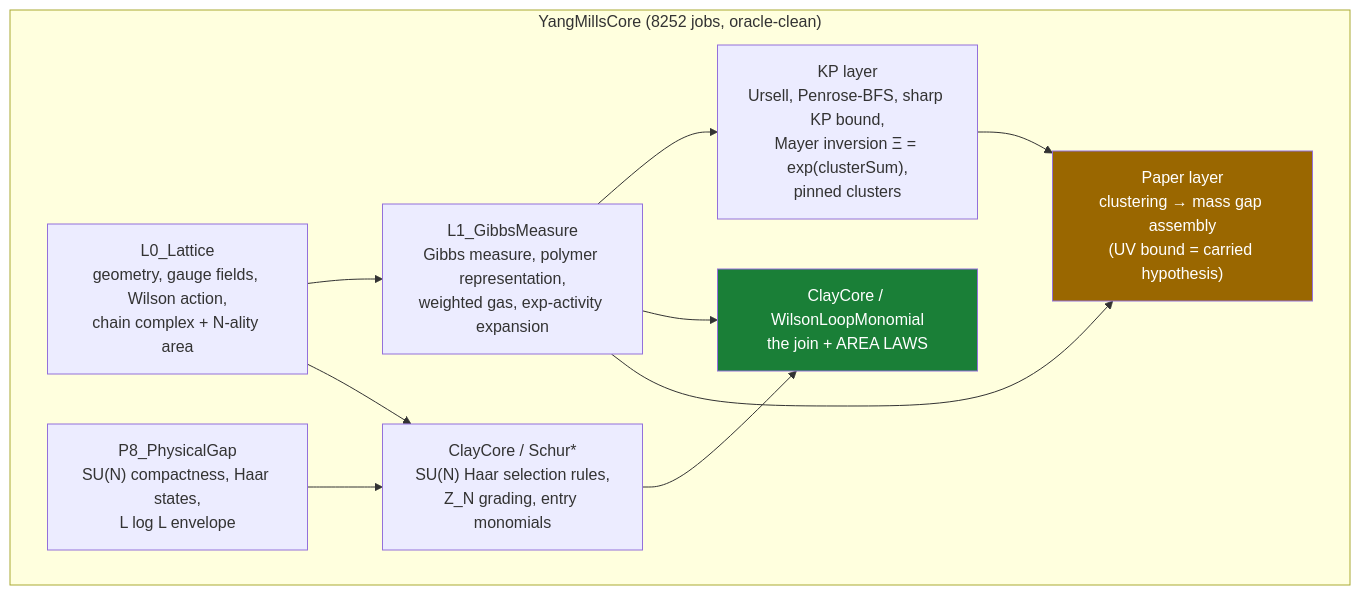
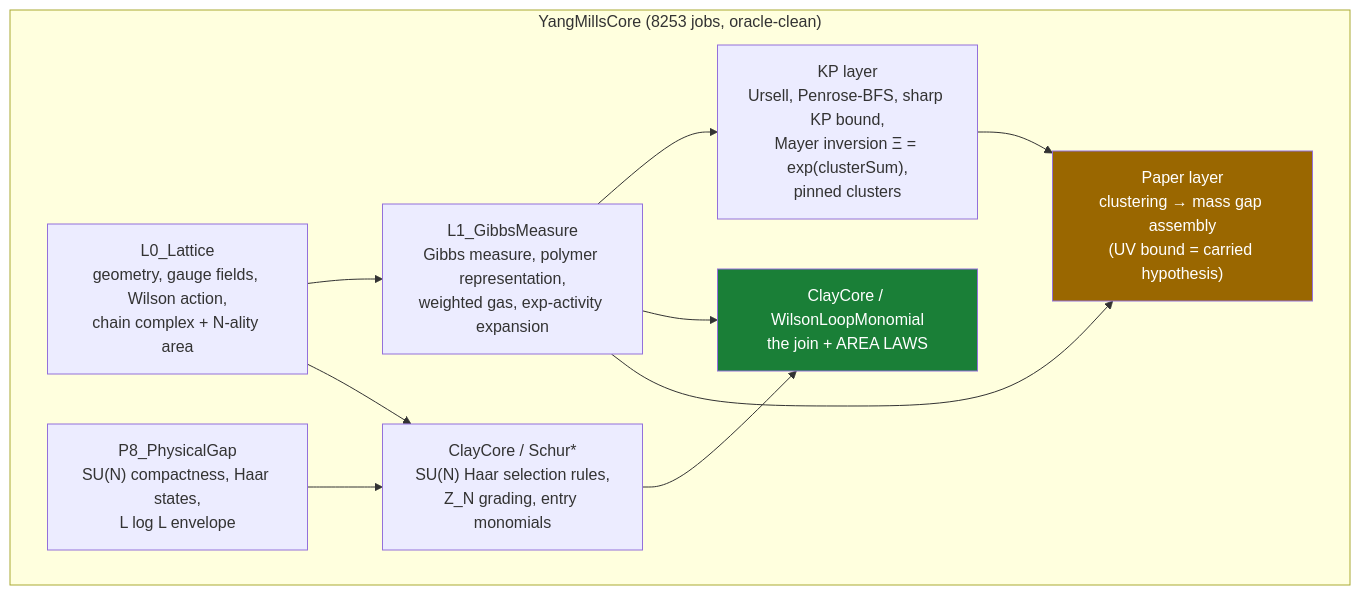
The diagram in README.md (lluiseriksson/THE-ERIKSSON-PROGRAMME), drawn with Mermaid before and after one commit. The commit also changed other lines of this file and 6 other files, not shown here.

````diff
--- a/README.md
+++ b/README.md
@@ -204,20 +204,20 @@
 ```mermaid
 graph TD
-    subgraph core["YangMillsCore  (8252 jobs, oracle-clean)"]
+    subgraph core["YangMillsCore  (8253 jobs, oracle-clean)"]
         L0["L0_Lattice<br/>geometry, gauge fields, Wilson action,<br/>chain complex + N-ality area"]
         L1["L1_GibbsMeasure<br/>Gibbs measure, polymer representation,<br/>weighted gas, exp-activity expansion"]
         KP["KP layer<br/>Ursell, Penrose-BFS, sharp KP bound,<br/>Mayer inversion Ξ = exp(clusterSum),<br/>pinned clusters"]
         SCHUR["ClayCore / Schur*<br/>SU(N) Haar selection rules,<br/>Z_N grading, entry monomials"]
         WLM["ClayCore / WilsonLoopMonomial<br/>the join + AREA LAWS"]
         PAPER["Paper layer<br/>clustering → mass gap assembly<br/>(UV bound = carried hypothesis)"]
         P8["P8_PhysicalGap<br/>SU(N) compactness, Haar states,<br/>L log L envelope"]
     end
     L0 --> L1 --> KP
     L0 --> SCHUR --> WLM
     L1 --> WLM
     L1 --> PAPER
     KP --> PAPER
     P8 --> SCHUR
     style WLM fill:#1a7f37,color:#fff
     style PAPER fill:#9a6700,color:#fff
 ```
````
